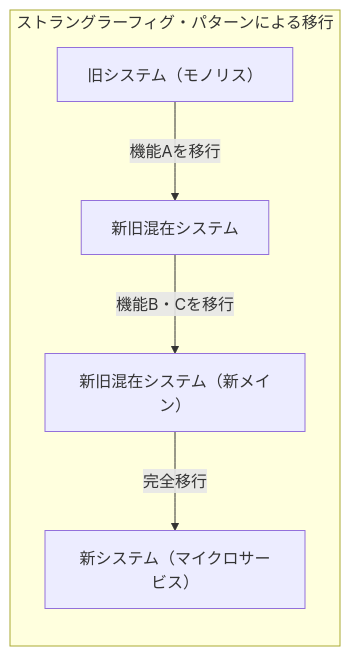
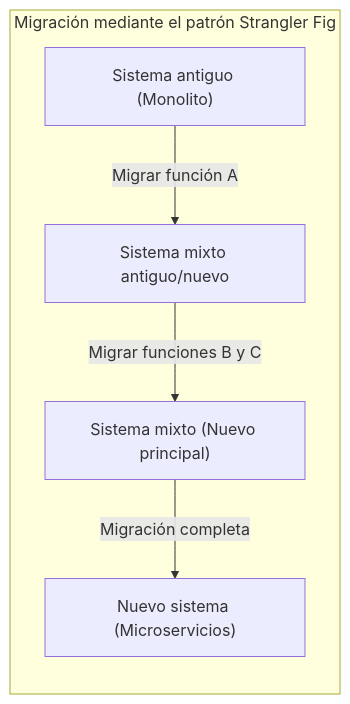
One commit to kenjinote/blog changed the first of 4 diagrams in content/post/ship-of-theseus/index.es.md. Above: the diagram before and after it, drawn with Mermaid. The commit also changed other lines of this file and 28 other files, not shown here.

Commit message:
Translate Japanese text inside Mermaid diagrams to respective languages

````diff
--- a/content/post/ship-of-theseus/index.es.md
+++ b/content/post/ship-of-theseus/index.es.md
@@ -33,8 +33,8 @@
 ```mermaid
 graph LR
-    subgraph "ストラングラーフィグ・パターンによる移行"
-        A["旧システム（モノリス）"] -->|"機能Aを移行"| B["新旧混在システム"]
-        B -->|"機能B・Cを移行"| C["新旧混在システム（新メイン）"]
-        C -->|"完全移行"| D["新システム（マイクロサービス）"]
+    subgraph "Migración mediante el patrón Strangler Fig"
+        A["Sistema antiguo (Monolito)"] -->|"Migrar función A"| B["Sistema mixto antiguo/nuevo"]
+        B -->|"Migrar funciones B y C"| C["Sistema mixto (Nuevo principal)"]
+        C -->|"Migración completa"| D["Nuevo sistema (Microservicios)"]
     end
 ```
````
